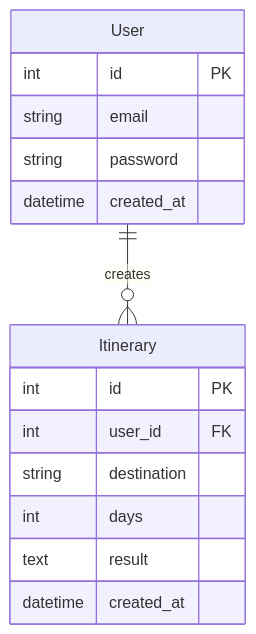
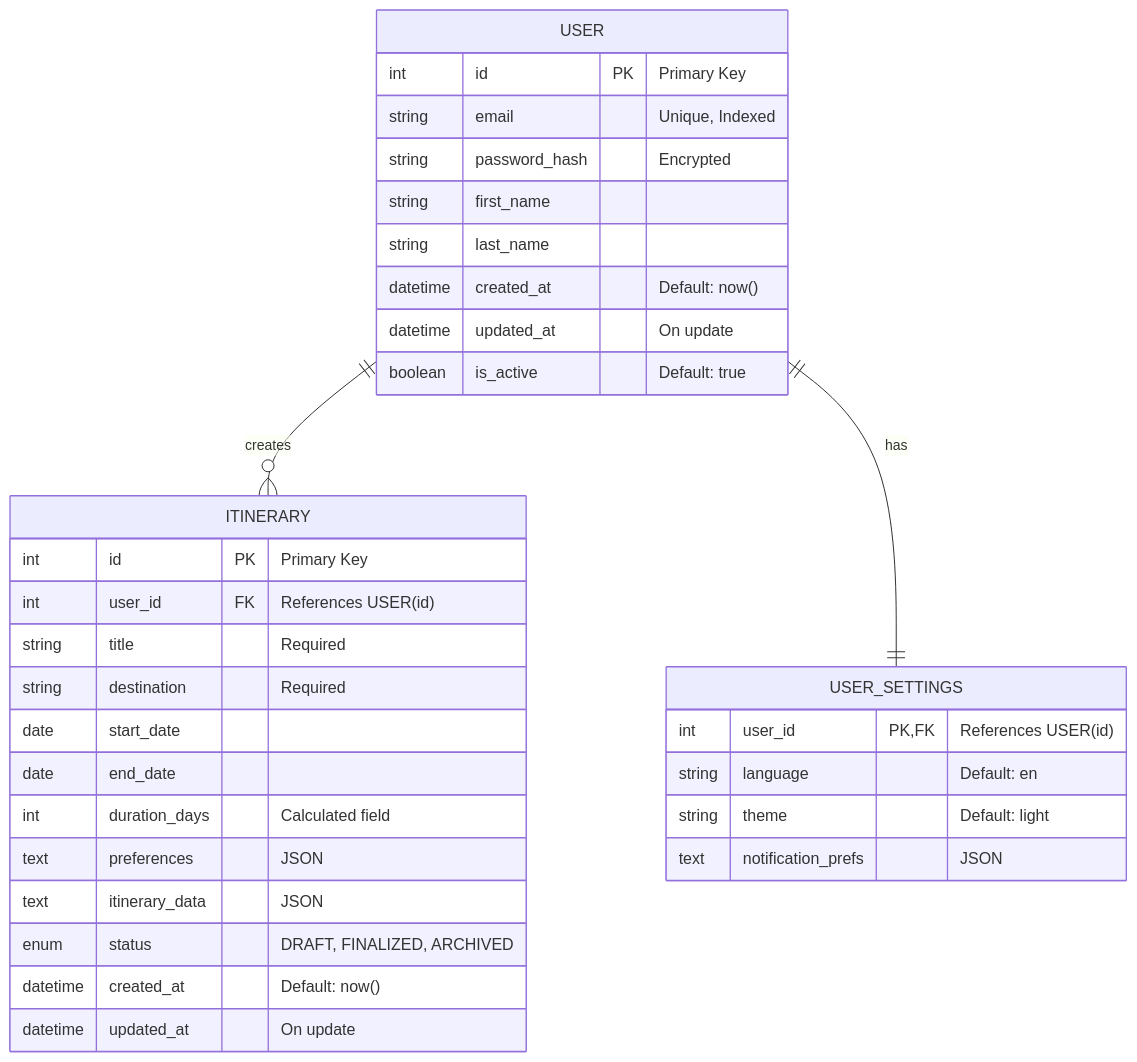
The second of 2 diagrams in README.md (TeddyJubu/Travel-Itinerary-Planner), drawn with Mermaid before and after one commit. The commit also changed other lines of this file, not shown here.

````diff
--- a/README.md
+++ b/README.md
@@ -85,20 +92,38 @@
 ```mermaid
 erDiagram
-    User {
-        int id PK
-        string email
-        string password
-        datetime created_at
+    USER ||--o{ ITINERARY : creates
+    USER {
+        int id PK "Primary Key"
+        string email "Unique, Indexed"
+        string password_hash "Encrypted"
+        string first_name
+        string last_name
+        datetime created_at "Default: now()"
+        datetime updated_at "On update"
+        boolean is_active "Default: true"
     }
     
-    Itinerary {
-        int id PK
-        int user_id FK
-        string destination
-        int days
-        text result
-        datetime created_at
+    ITINERARY {
+        int id PK "Primary Key"
+        int user_id FK "References USER(id)"
+        string title "Required"
+        string destination "Required"
+        date start_date
+        date end_date
+        int duration_days "Calculated field"
+        text preferences "JSON"
+        text itinerary_data "JSON"
+        enum status "DRAFT, FINALIZED, ARCHIVED"
+        datetime created_at "Default: now()"
+        datetime updated_at "On update"
     }
     
-    User ||--o{ Itinerary : "creates"
+    USER_SETTINGS {
+        int user_id PK,FK "References USER(id)"
+        string language "Default: en"
+        string theme "Default: light"
+        text notification_prefs "JSON"
+    }
+    
+    USER ||--|| USER_SETTINGS : has
 ```
````
